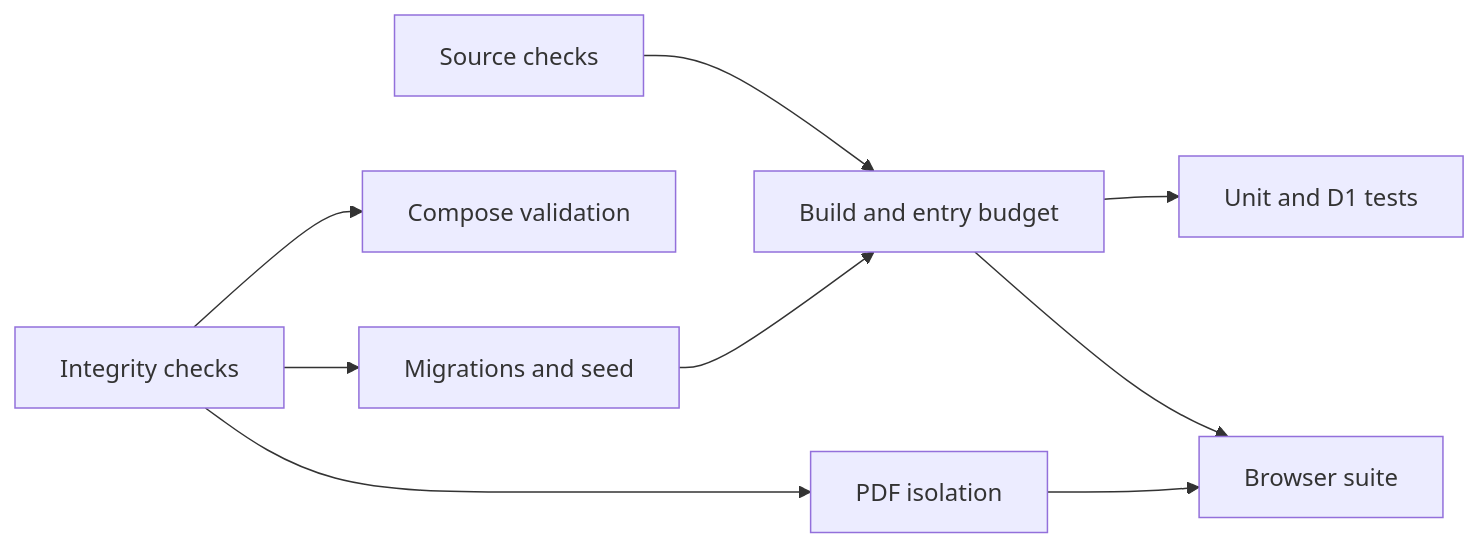
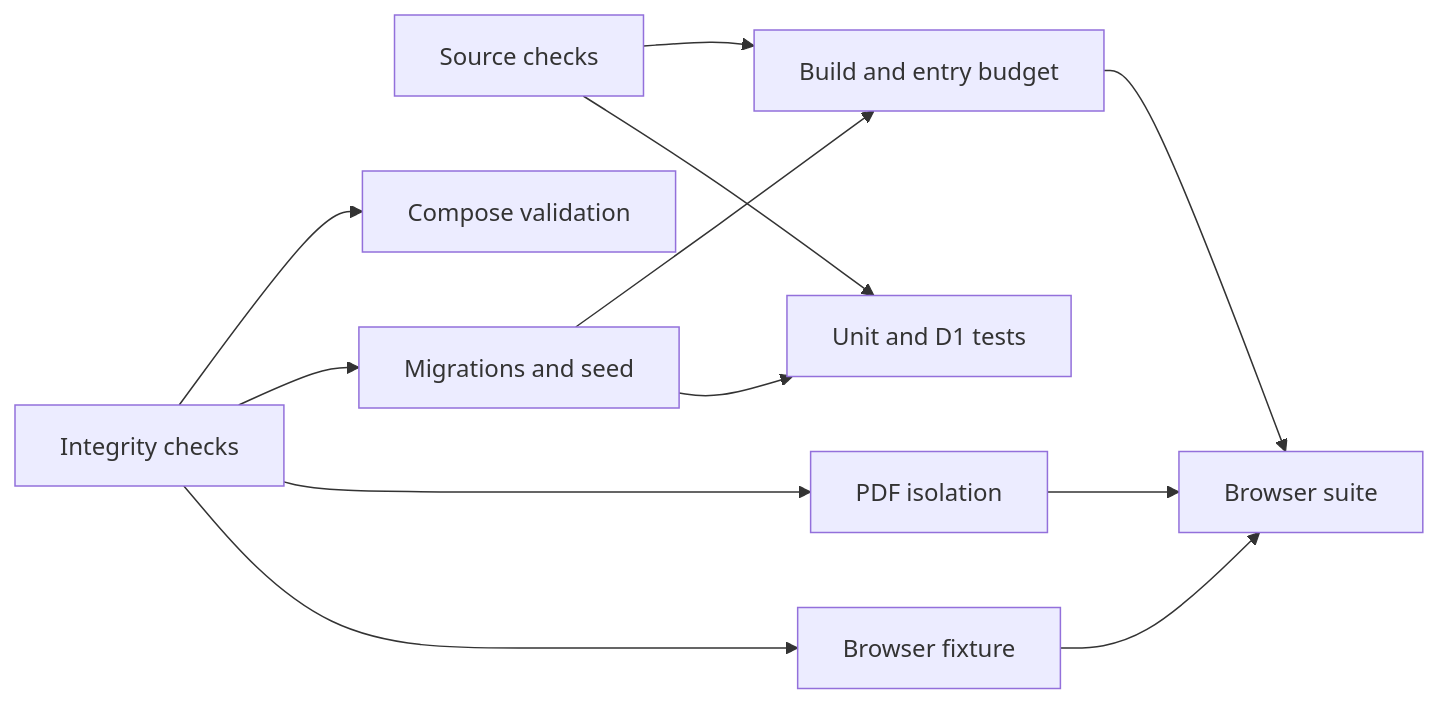
One commit to cyyapye/keel-fi changed the diagram in docs/engineering/ci-performance.md. Above: the diagram before and after it, drawn with Mermaid. The commit also changed other lines of this file and 8 other files, not shown here.

````diff
--- a/docs/engineering/ci-performance.md
+++ b/docs/engineering/ci-performance.md
@@ -68,11 +72,14 @@
 ```mermaid
 flowchart LR
   source[Source checks] --> build[Build and entry budget]
   integrity[Integrity checks] --> compose[Compose validation]
   integrity --> migrations[Migrations and seed]
   integrity --> pdf[PDF isolation]
+  integrity --> browserFixture[Browser fixture]
   migrations --> build
-  build --> unit[Unit and D1 tests]
+  source --> unit[Unit and D1 tests]
+  migrations --> unit
   build --> browser[Browser suite]
   pdf --> browser
+  browserFixture --> browser
 ```
````
